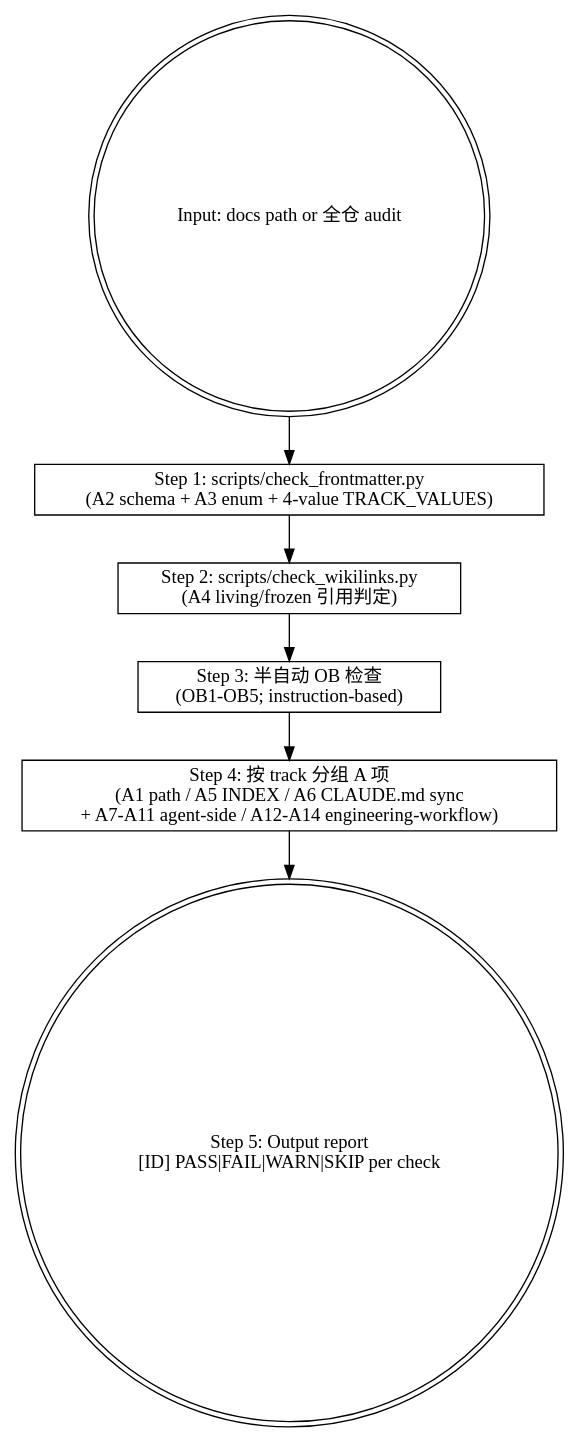
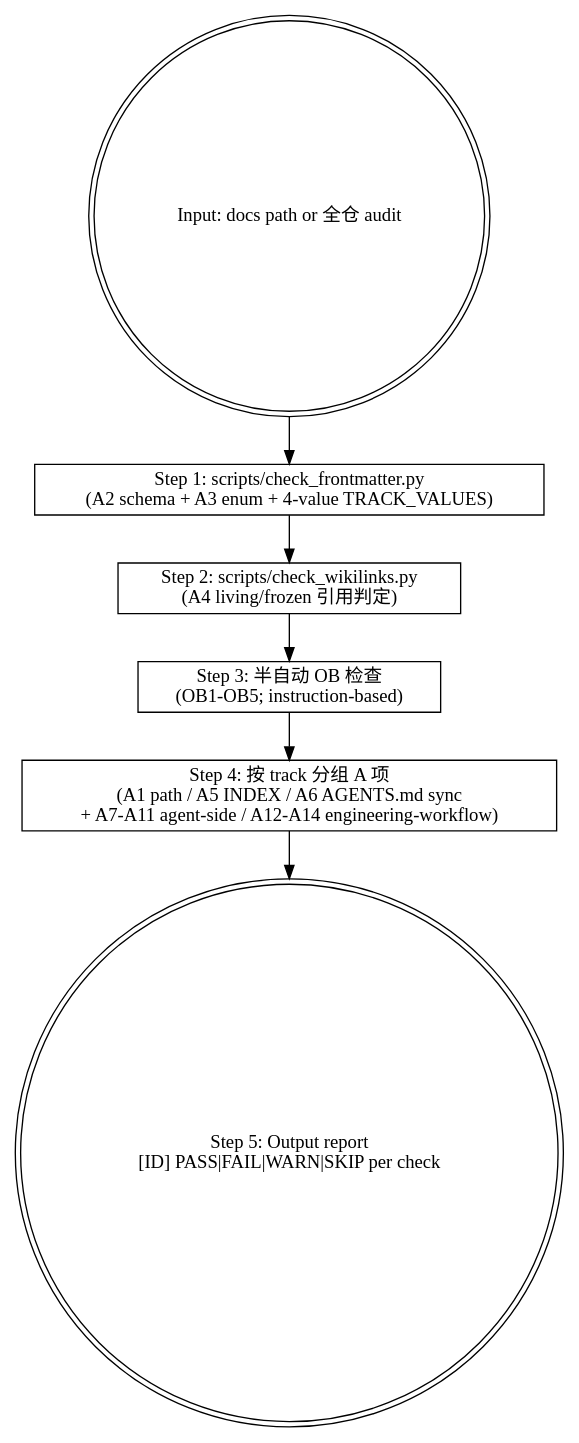
The diagram in .agents/skills/mj-agent-doc-validate/SKILL.md (MJ-AgentLab/mj-agent), drawn with Graphviz before and after one commit. The commit also changed other lines of this file and 254 other files, not shown here.

````diff
--- a/.agents/skills/mj-agent-doc-validate/SKILL.md
+++ b/.agents/skills/mj-agent-doc-validate/SKILL.md
@@ -60,18 +43,18 @@
 ```dot
 digraph validate {
   rankdir=TB;
   input [label="Input: docs path or 全仓 audit" shape=doublecircle];
 
   s1 [label="Step 1: scripts/check_frontmatter.py\n(A2 schema + A3 enum + 4-value TRACK_VALUES)" shape=box];
 
   s2 [label="Step 2: scripts/check_wikilinks.py\n(A4 living/frozen 引用判定)" shape=box];
 
   s3 [label="Step 3: 半自动 OB 检查\n(OB1-OB5; instruction-based)" shape=box];
 
-  s4 [label="Step 4: 按 track 分组 A 项\n(A1 path / A5 INDEX / A6 CLAUDE.md sync\n+ A7-A11 agent-side / A12-A14 engineering-workflow)" shape=box];
+  s4 [label="Step 4: 按 track 分组 A 项\n(A1 path / A5 INDEX / A6 AGENTS.md sync\n+ A7-A11 agent-side / A12-A14 engineering-workflow)" shape=box];
 
   s5 [label="Step 5: Output report\n[ID] PASS|FAIL|WARN|SKIP per check" shape=doublecircle];
 
   input -> s1 -> s2 -> s3 -> s4 -> s5;
 }
 ```
````
